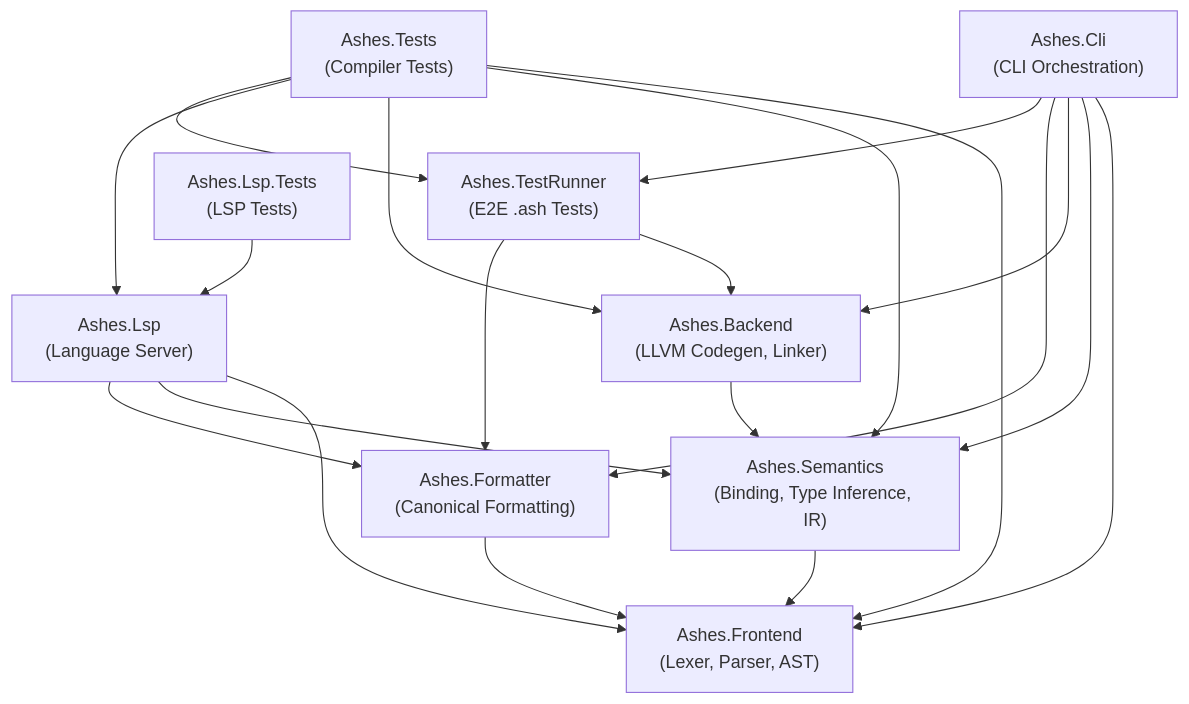
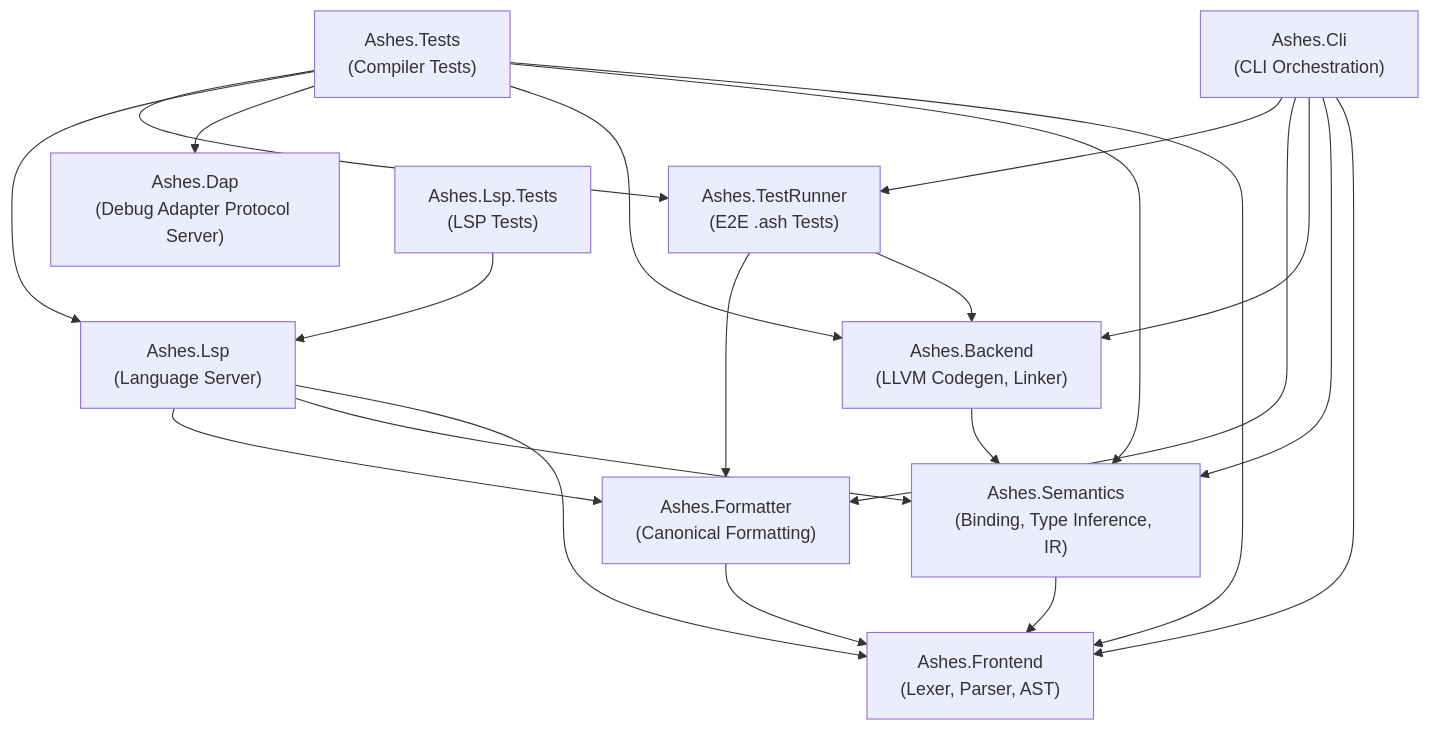
Before and after one commit to MattiasHognas/Ashes: the second of 3 diagrams in docs/ARCHITECTURE.md, drawn with Mermaid. The commit also changed other lines of this file and 8 other files, not shown here.

````diff
--- a/docs/ARCHITECTURE.md
+++ b/docs/ARCHITECTURE.md
@@ -46,32 +46,34 @@
 ```mermaid
 graph TD
     Frontend["Ashes.Frontend\n(Lexer, Parser, AST)"]
     Semantics["Ashes.Semantics\n(Binding, Type Inference, IR)"]
     Backend["Ashes.Backend\n(LLVM Codegen, Linker)"]
     Formatter["Ashes.Formatter\n(Canonical Formatting)"]
     TestRunner["Ashes.TestRunner\n(E2E .ash Tests)"]
     Lsp["Ashes.Lsp\n(Language Server)"]
+    Dap["Ashes.Dap\n(Debug Adapter Protocol Server)"]
     Cli["Ashes.Cli\n(CLI Orchestration)"]
     Tests["Ashes.Tests\n(Compiler Tests)"]
     LspTests["Ashes.Lsp.Tests\n(LSP Tests)"]
 
     Semantics --> Frontend
     Backend --> Semantics
     Formatter --> Frontend
     TestRunner --> Backend
     TestRunner --> Formatter
     Lsp --> Frontend
     Lsp --> Semantics
     Lsp --> Formatter
     Cli --> Frontend
     Cli --> Semantics
     Cli --> Backend
     Cli --> Formatter
     Cli --> TestRunner
     Tests --> Frontend
     Tests --> Semantics
     Tests --> Backend
+    Tests --> Dap
     Tests --> Lsp
     Tests --> TestRunner
     LspTests --> Lsp
 ```
````
